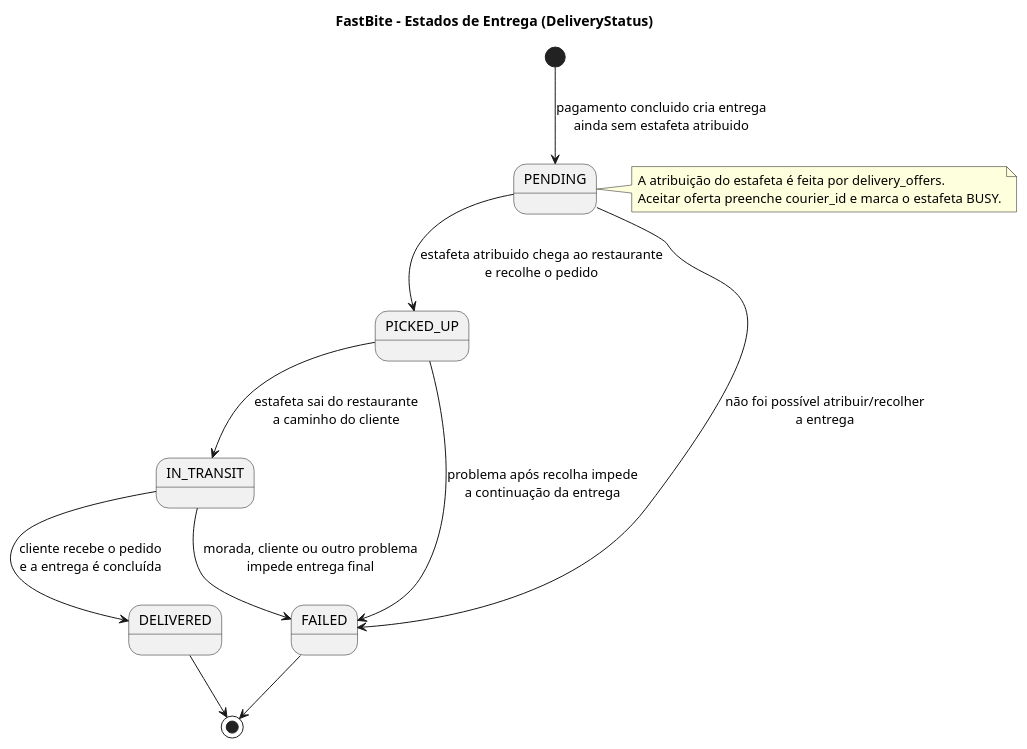
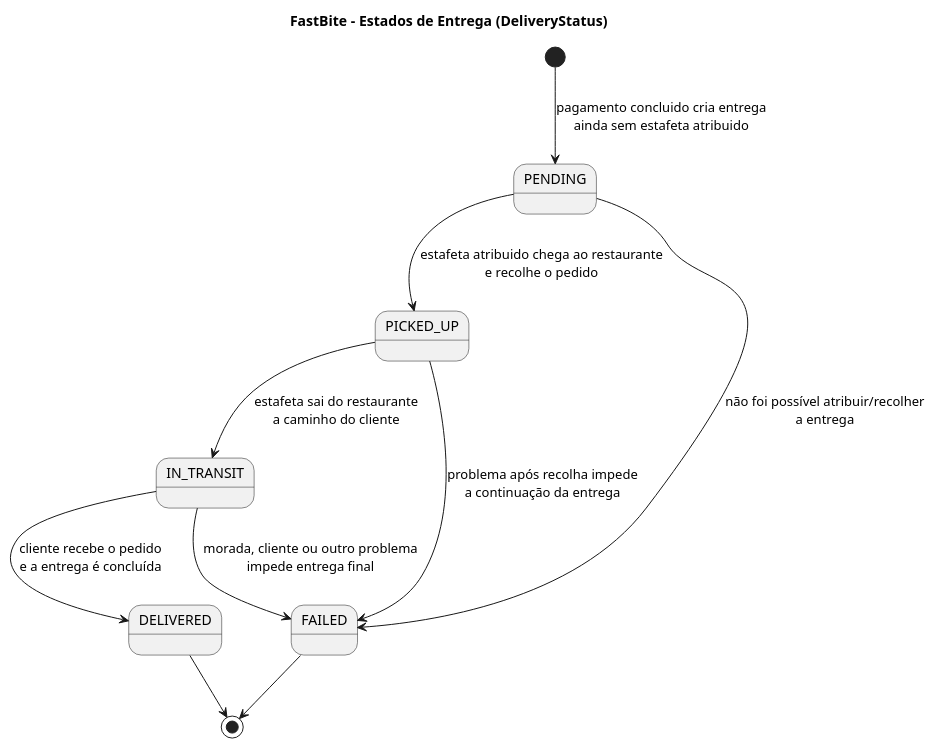
One commit to DuarteMSousa/FastBite changed the diagram in Documentacao/docs novas/04c_estado_entrega.puml. Above: the diagram before and after it, drawn with PlantUML. The commit also changed 2 other files, not shown here.

Commit message:
Remove explanatory notes from state diagrams
Remove 'note right' blocks from three PlantUML files to simplify diagrams: 04a_estado_encomenda.puml (CONFIRMED/COURIER_ASSIGNED note), 04b_estado_pagamento.puml (FAILED cascadeToOrder note), and 04c_estado_entrega.puml (PENDING/delivery_offers note). These are documentation-only changes with no functional impact.

```diff
--- a/Documentacao/docs novas/04c_estado_entrega.puml
+++ b/Documentacao/docs novas/04c_estado_entrega.puml
@@ -1,25 +1,20 @@
 @startuml FastBite_State_Delivery
 title FastBite - Estados de Entrega (DeliveryStatus)
 
 skinparam shadowing false
 
 [*] --> PENDING : pagamento concluido cria entrega\nainda sem estafeta atribuido
 
 PENDING --> PICKED_UP : estafeta atribuido chega ao restaurante\ne recolhe o pedido
 PENDING --> FAILED : não foi possível atribuir/recolher\na entrega
 
 PICKED_UP --> IN_TRANSIT : estafeta sai do restaurante\na caminho do cliente
 PICKED_UP --> FAILED : problema após recolha impede\na continuação da entrega
 
 IN_TRANSIT --> DELIVERED : cliente recebe o pedido\ne a entrega é concluída
 IN_TRANSIT --> FAILED : morada, cliente ou outro problema\nimpede entrega final
 
 DELIVERED --> [*]
 FAILED --> [*]
 
-note right of PENDING
-  A atribuição do estafeta é feita por delivery_offers.
-  Aceitar oferta preenche courier_id e marca o estafeta BUSY.
-end note
-
 @enduml
```
